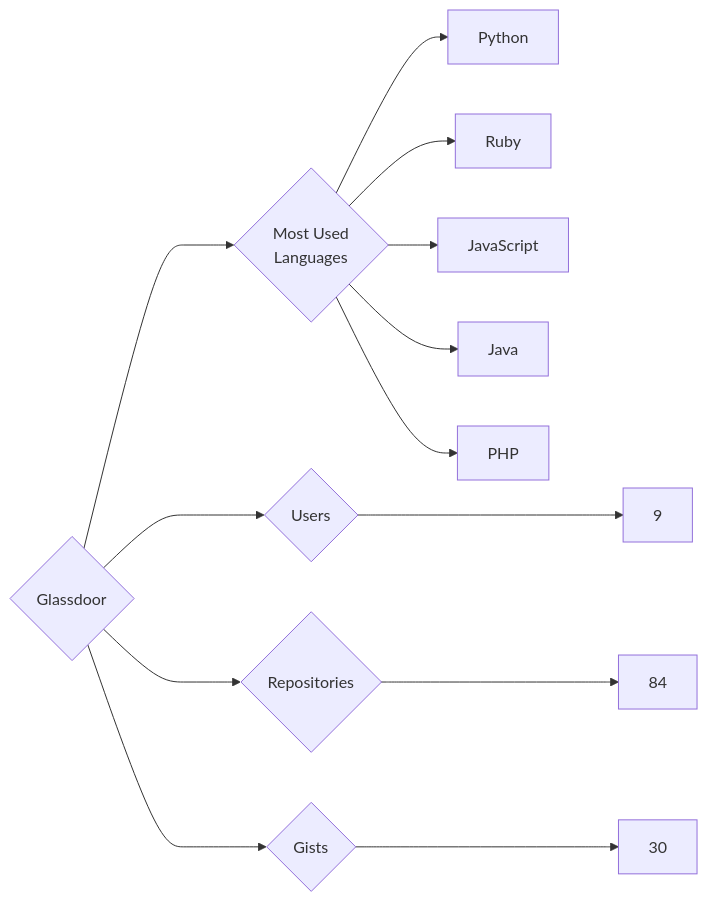
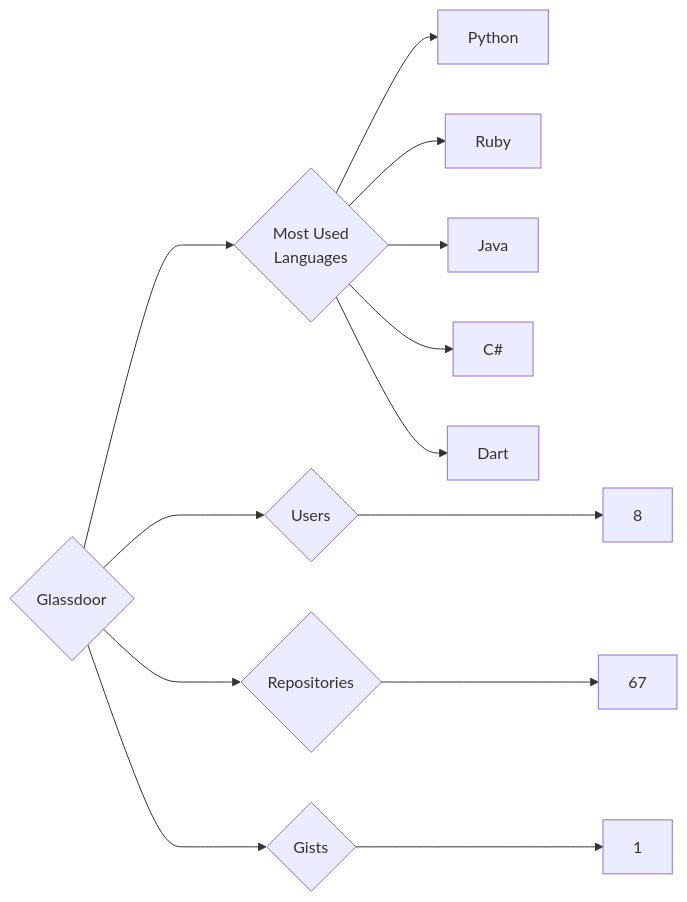
Before and after one commit to trickest/insiders: the diagram in targets/Glassdoor/README.md, drawn with Mermaid. The commit also changed 1148 other files, not shown here.

````diff
--- a/targets/Glassdoor/README.md
+++ b/targets/Glassdoor/README.md
@@ -3,13 +3,13 @@
 ```mermaid
 graph LR
 COMPANY_NAME{Glassdoor}
-COMPANY_NAME ---> U{Users} ---> UN[9]
-COMPANY_NAME ---> R{Repositories} ---> RN[84]
-COMPANY_NAME ---> G{Gists} ---> GN[30]
+COMPANY_NAME ---> U{Users} ---> UN[8]
+COMPANY_NAME ---> R{Repositories} ---> RN[67]
+COMPANY_NAME ---> G{Gists} ---> GN[1]
 COMPANY_NAME ---> ML{Most Used<br>Languages}
 ML --> Python[Python]
 ML --> Ruby[Ruby]
-ML --> JavaScript[JavaScript]
 ML --> Java[Java]
-ML --> PHP[PHP]
+ML --> C#[C#]
+ML --> Dart[Dart]
 ```
````
